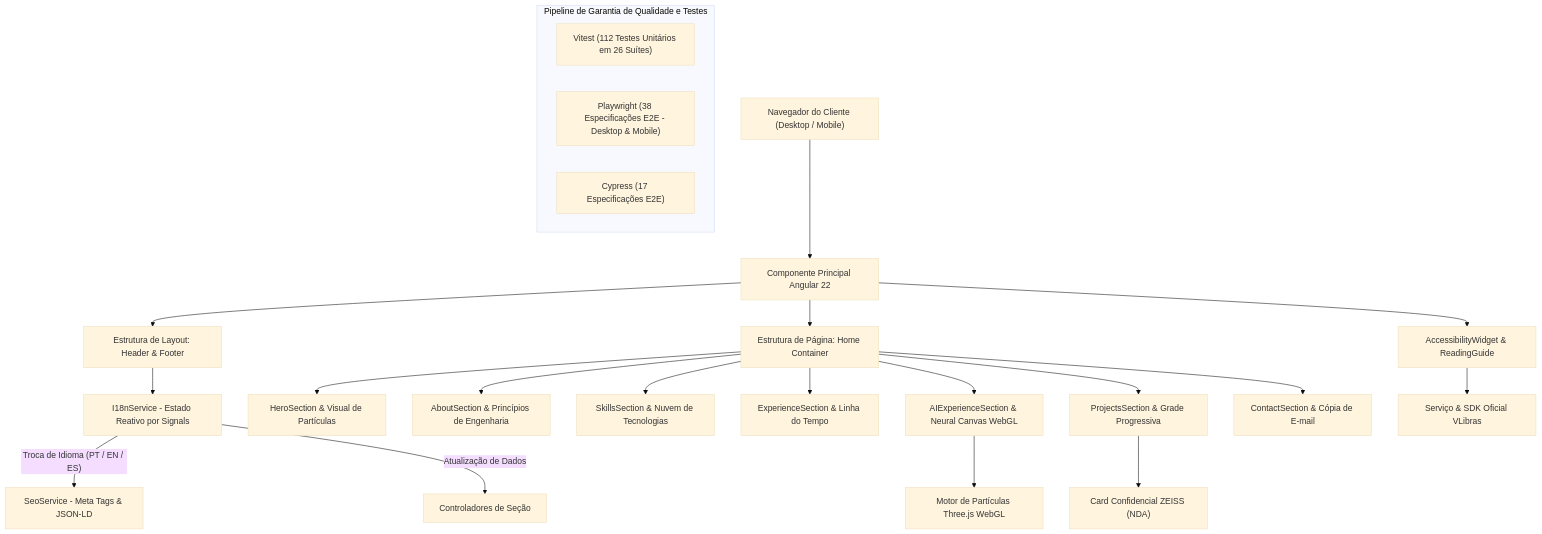
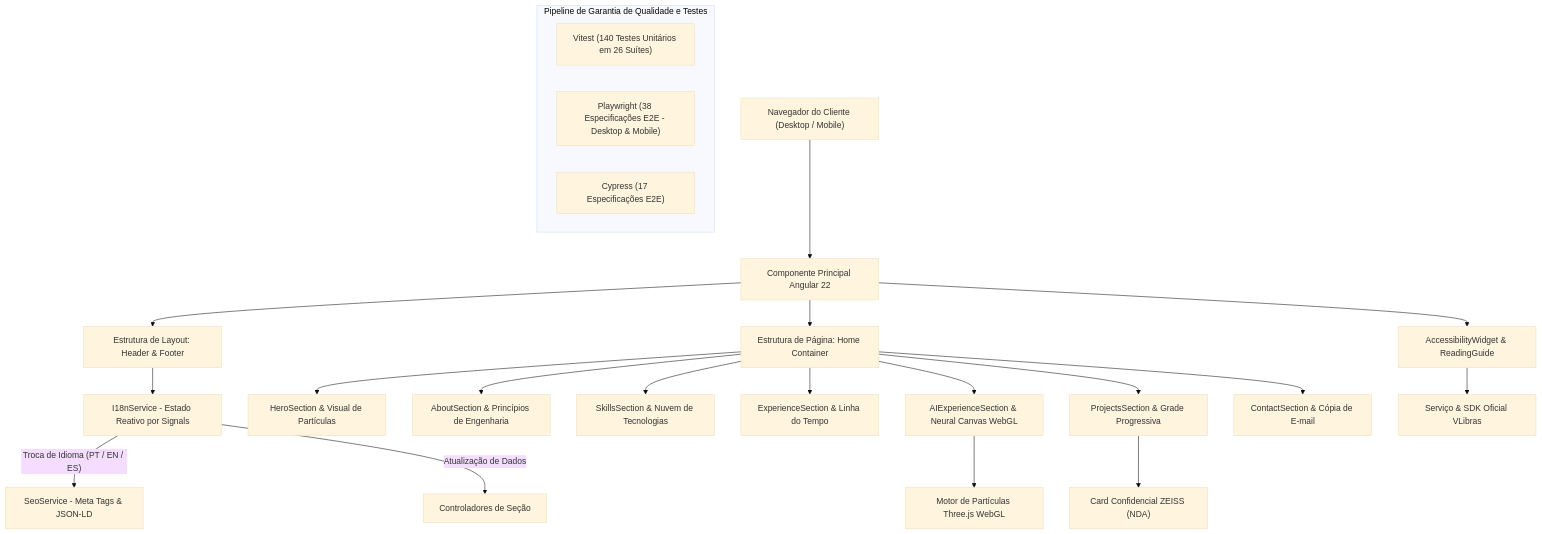
Before and after one commit to DevYuriVieira/portfolio: the second of 2 diagrams in README.md, drawn with Mermaid (base theme). The commit also changed other lines of this file and 10 other files, not shown here.

````diff
--- a/README.md
+++ b/README.md
@@ -501,30 +501,30 @@
 ```mermaid
 flowchart TD
     A["Navegador do Cliente (Desktop / Mobile)"] --> B["Componente Principal Angular 22"]
     
     B --> C["Estrutura de Layout: Header & Footer"]
     B --> D["Estrutura de Página: Home Container"]
     
     C --> E["I18nService - Estado Reativo por Signals"]
     E -- "Troca de Idioma (PT / EN / ES)" --> F["SeoService - Meta Tags & JSON-LD"]
     E -- "Atualização de Dados" --> G["Controladores de Seção"]
     
     D --> H1["HeroSection & Visual de Partículas"]
     D --> H2["AboutSection & Princípios de Engenharia"]
     D --> H3["SkillsSection & Nuvem de Tecnologias"]
     D --> H4["ExperienceSection & Linha do Tempo"]
     D --> H5["AIExperienceSection & Neural Canvas WebGL"]
     D --> H6["ProjectsSection & Grade Progressiva"]
     D --> H7["ContactSection & Cópia de E-mail"]
     
     H5 --> I["Motor de Partículas Three.js WebGL"]
     H6 --> J["Card Confidencial ZEISS (NDA)"]
     B --> A11y["AccessibilityWidget & ReadingGuide"]
     A11y --> VLibras["Serviço & SDK Oficial VLibras"]
     
     subgraph "Pipeline de Garantia de Qualidade e Testes"
-        K1["Vitest (112 Testes Unitários em 26 Suítes)"]
+        K1["Vitest (140 Testes Unitários em 26 Suítes)"]
         K2["Playwright (38 Especificações E2E - Desktop & Mobile)"]
         K3["Cypress (17 Especificações E2E)"]
     end
 ```
````
